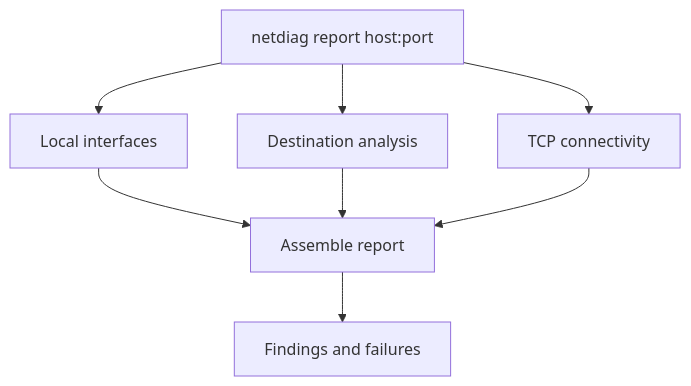
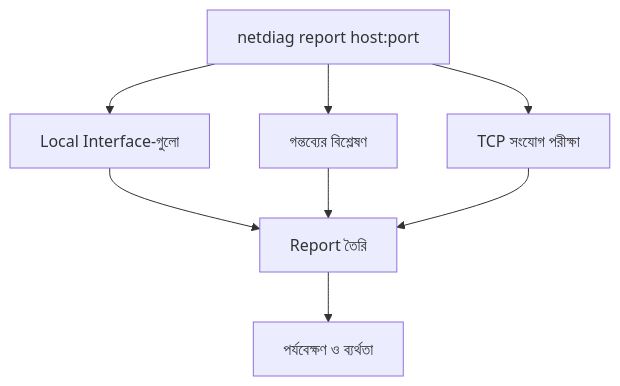
One commit to shomi-khan/red-blue-lab changed the fourth of 4 diagrams in chapters/02-see-your-network/README.md. Above: the diagram before and after it, drawn with Mermaid. The commit also changed other lines of this file, not shown here.

````diff
--- a/chapters/02-see-your-network/README.md
+++ b/chapters/02-see-your-network/README.md
@@ -286,10 +286,10 @@
 ```mermaid
 flowchart TD
-    A["netdiag report host:port"] --> B["Local interfaces"]
-    A --> C["Destination analysis"]
-    A --> D["TCP connectivity"]
-    B --> E["Assemble report"]
+    A["netdiag report host:port"] --> B["Local Interface-গুলো"]
+    A --> C["গন্তব্যের বিশ্লেষণ"]
+    A --> D["TCP সংযোগ পরীক্ষা"]
+    B --> E["Report তৈরি"]
     C --> E
     D --> E
-    E --> F["Findings and failures"]
+    E --> F["পর্যবেক্ষণ ও ব্যর্থতা"]
 ```
````
